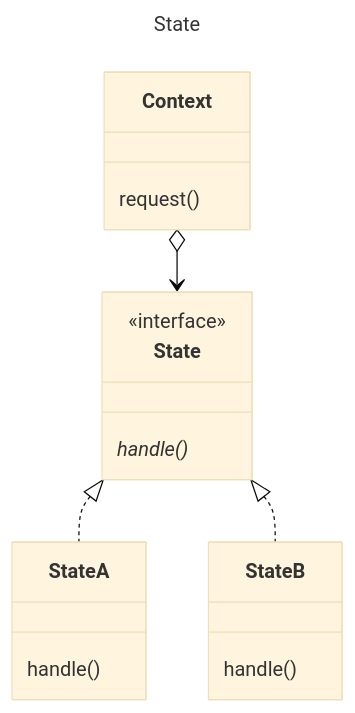
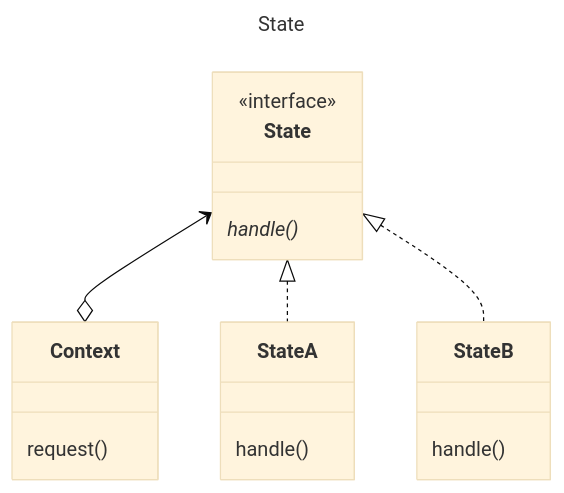
Before and after one commit to mtrigueira/JGoF: the diagram in src/main/java/org/example/gof/behaviour/state/State.md, drawn with Mermaid (base theme). The commit also changed other lines of this file and 24 other files, not shown here.

````diff
--- a/src/main/java/org/example/gof/behaviour/state/State.md
+++ b/src/main/java/org/example/gof/behaviour/state/State.md
@@ -1,23 +1,23 @@
 ```mermaid
 ---
 title: State
 ---
 classDiagram
     class Context {
         request()
     }
     class State {
         <<interface>>
         handle()*
     }
     class StateA {
         handle()
     }
     class StateB {
         handle()
     }
     
-    Context o--> State
+    State <--o Context 
     State <|.. StateA
     State <|.. StateB
 ```
````
